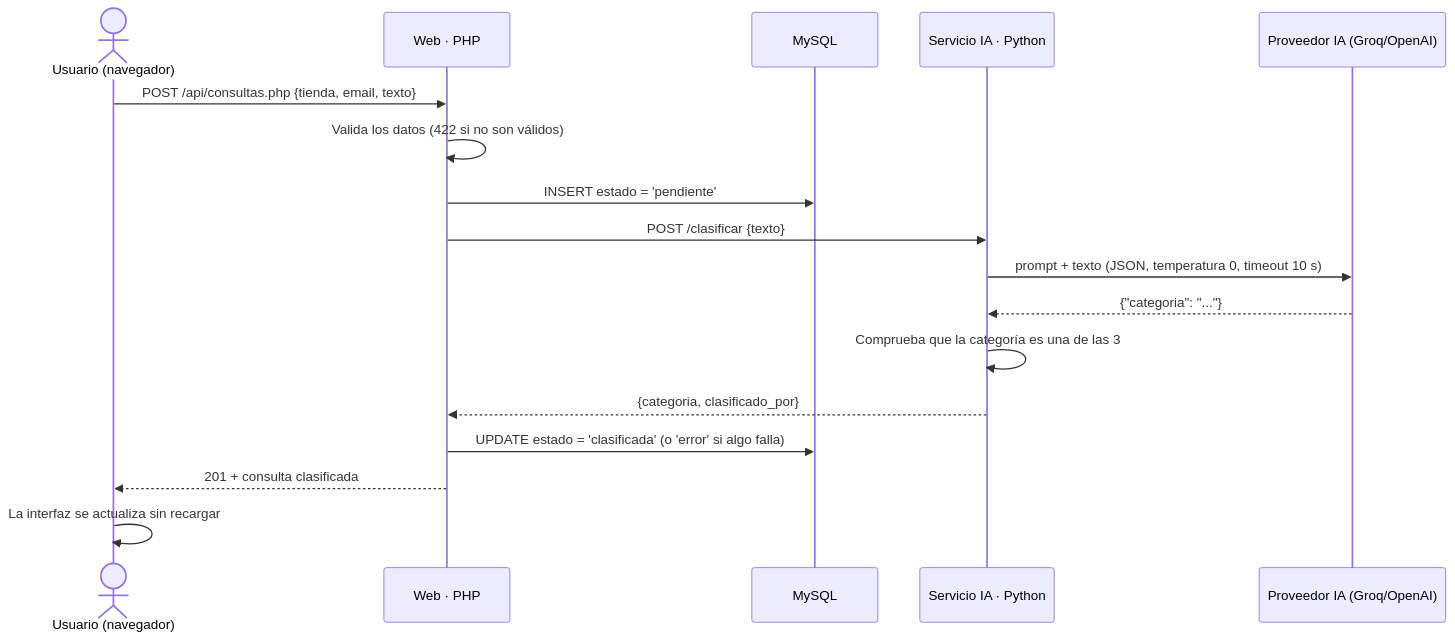
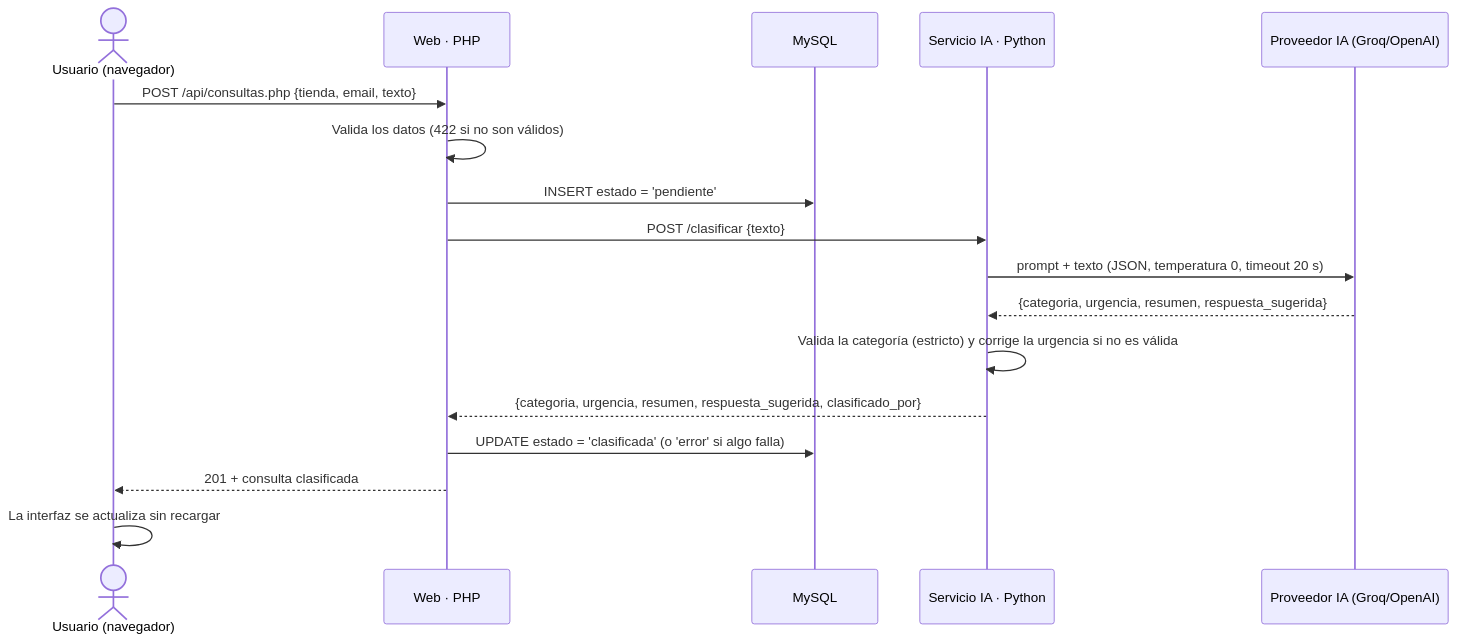
Before and after one commit to yahyayatusabe/eciglogistica-consultas: the diagram in README.md, drawn with Mermaid. The commit also changed other lines of this file and 1 other file, not shown here.

Commit message:
docs: documentar el asistente de respuesta y actualizar la captura

````diff
--- a/README.md
+++ b/README.md
@@ -46,20 +48,20 @@
 ```mermaid
 sequenceDiagram
     actor U as Usuario (navegador)
     participant W as Web · PHP
     participant DB as MySQL
     participant AI as Servicio IA · Python
     participant LLM as Proveedor IA (Groq/OpenAI)
 
     U->>W: POST /api/consultas.php {tienda, email, texto}
     W->>W: Valida los datos (422 si no son válidos)
     W->>DB: INSERT estado = 'pendiente'
     W->>AI: POST /clasificar {texto}
-    AI->>LLM: prompt + texto (JSON, temperatura 0, timeout 10 s)
-    LLM-->>AI: {"categoria": "..."}
-    AI->>AI: Comprueba que la categoría es una de las 3
-    AI-->>W: {categoria, clasificado_por}
+    AI->>LLM: prompt + texto (JSON, temperatura 0, timeout 20 s)
+    LLM-->>AI: {categoria, urgencia, resumen, respuesta_sugerida}
+    AI->>AI: Valida la categoría (estricto) y corrige la urgencia si no es válida
+    AI-->>W: {categoria, urgencia, resumen, respuesta_sugerida, clasificado_por}
     W->>DB: UPDATE estado = 'clasificada' (o 'error' si algo falla)
     W-->>U: 201 + consulta clasificada
     U->>U: La interfaz se actualiza sin recargar
 ```
````
